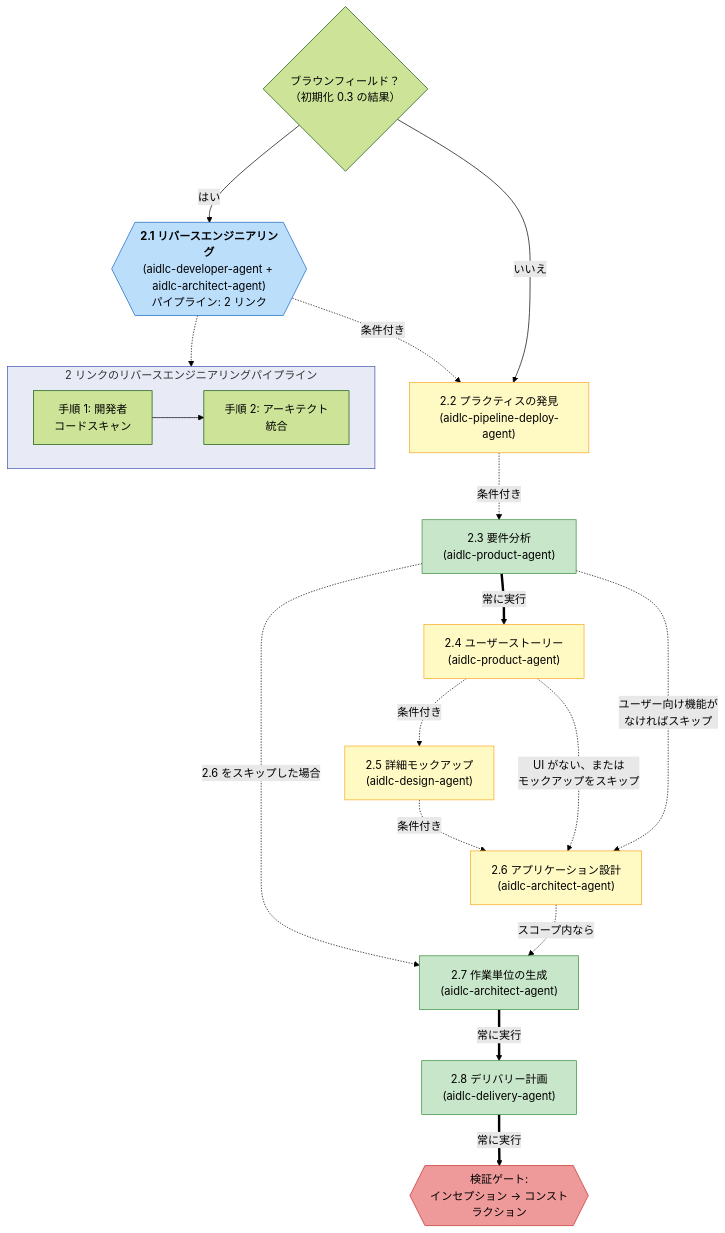
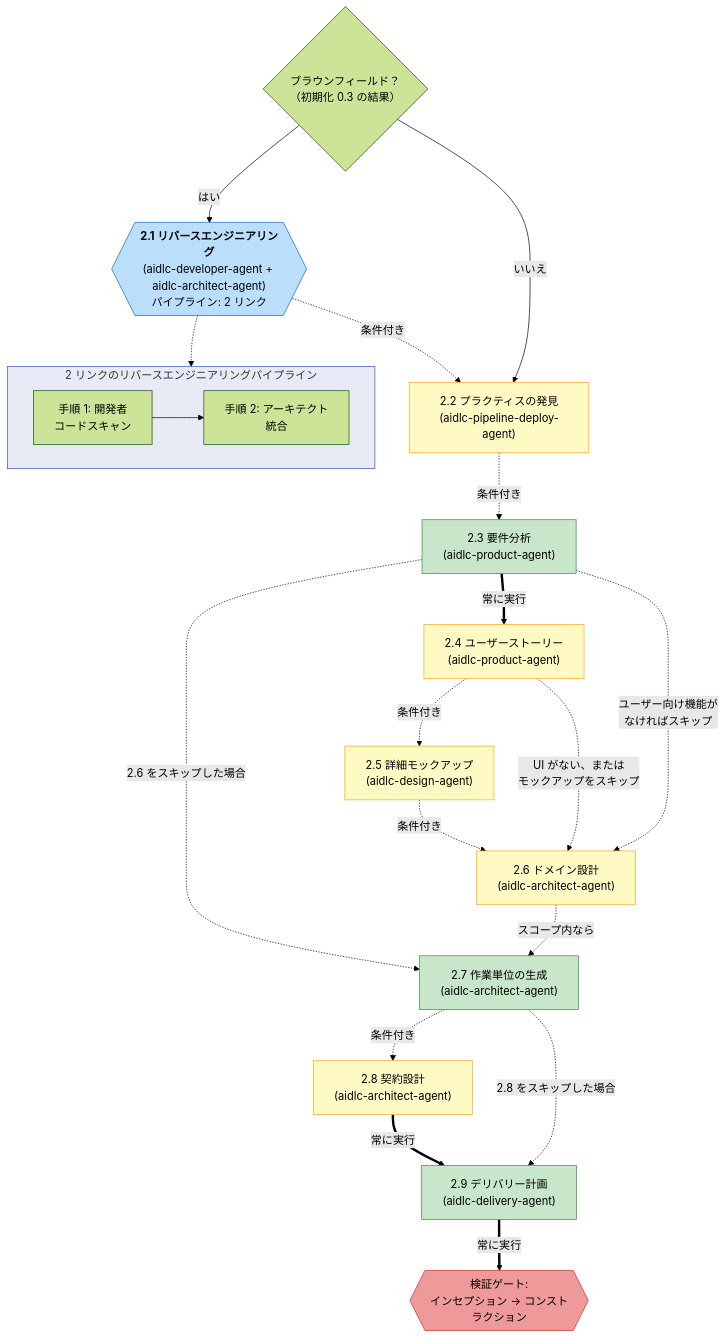
The third of 6 diagrams in docs/guide/04-phases-and-stages.mdx (otomatty/aidlc-workflows-docs), drawn with Mermaid (forest theme) before and after one commit. The commit also changed other lines of this file and 50 other files, not shown here.

````diff
--- a/docs/guide/04-phases-and-stages.mdx
+++ b/docs/guide/04-phases-and-stages.mdx
@@ -146,50 +146,54 @@
 ```mermaid
 flowchart TD
     S21{{"`**2.1 リバースエンジニアリング**
     (aidlc-developer-agent + aidlc-architect-agent)
     パイプライン: 2 リンク`"}}
     S2P["2.2 プラクティスの発見\n(aidlc-pipeline-deploy-agent)"]
     S22["2.3 要件分析\n(aidlc-product-agent)"]
     S23["2.4 ユーザーストーリー\n(aidlc-product-agent)"]
     S24["2.5 詳細モックアップ\n(aidlc-design-agent)"]
-    S25["2.6 アプリケーション設計\n(aidlc-architect-agent)"]
+    S25["2.6 ドメイン設計\n(aidlc-architect-agent)"]
     S26["2.7 作業単位の生成\n(aidlc-architect-agent)"]
-    S27["2.8 デリバリー計画\n(aidlc-delivery-agent)"]
+    S2C["2.8 契約設計\n(aidlc-architect-agent)"]
+    S27["2.9 デリバリー計画\n(aidlc-delivery-agent)"]
     VG2{{"検証ゲート:\nインセプション → コンストラクション"}}
 
     BF_CHECK{"ブラウンフィールド？\n（初期化 0.3 の結果）"}
     BF_CHECK -->|はい| S21
     BF_CHECK -->|いいえ| S2P
     S21 -.->|条件付き| S2P
     S2P -.->|条件付き| S22
 
     subgraph RE_DETAIL["2 リンクのリバースエンジニアリングパイプライン"]
         direction LR
         DEV_SCAN["手順 1: 開発者\nコードスキャン"]
         ARCH_SYNTH["手順 2: アーキテクト\n統合"]
         DEV_SCAN --> ARCH_SYNTH
     end
 
     S21 -.-> RE_DETAIL
 
     S22 ==>|常に実行| S23
     S22 -.->|"ユーザー向け機能が\nなければスキップ"| S25
     S23 -.->|条件付き| S24
     S23 -.->|"UI がない、または\nモックアップをスキップ"| S25
     S24 -.->|条件付き| S25
     S25 -.->|"スコープ内なら"| S26
     S22 -.->|"2.6 をスキップした場合"| S26
-    S26 ==>|常に実行| S27
+    S26 -.->|条件付き| S2C
+    S26 -.->|"2.8 をスキップした場合"| S27
+    S2C ==>|常に実行| S27
     S27 ==>|常に実行| VG2
 
     style S21 fill:#bbdefb,stroke:#1565c0
     style S2P fill:#fff9c4,stroke:#f9a825
     style S22 fill:#c8e6c9,stroke:#388e3c
     style S26 fill:#c8e6c9,stroke:#388e3c
     style S27 fill:#c8e6c9,stroke:#388e3c
     style S23 fill:#fff9c4,stroke:#f9a825
     style S24 fill:#fff9c4,stroke:#f9a825
     style S25 fill:#fff9c4,stroke:#f9a825
+    style S2C fill:#fff9c4,stroke:#f9a825
     style VG2 fill:#ef9a9a,stroke:#c62828
     style RE_DETAIL fill:#e8eaf6,stroke:#3f51b5
 ```
````
